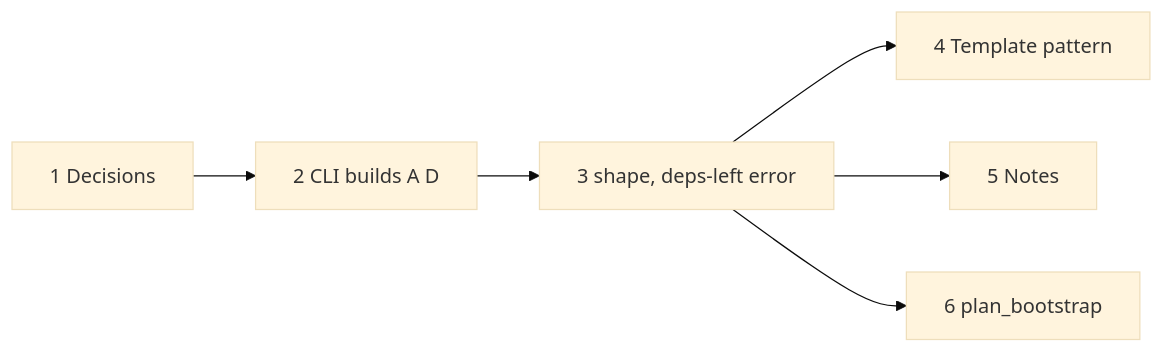
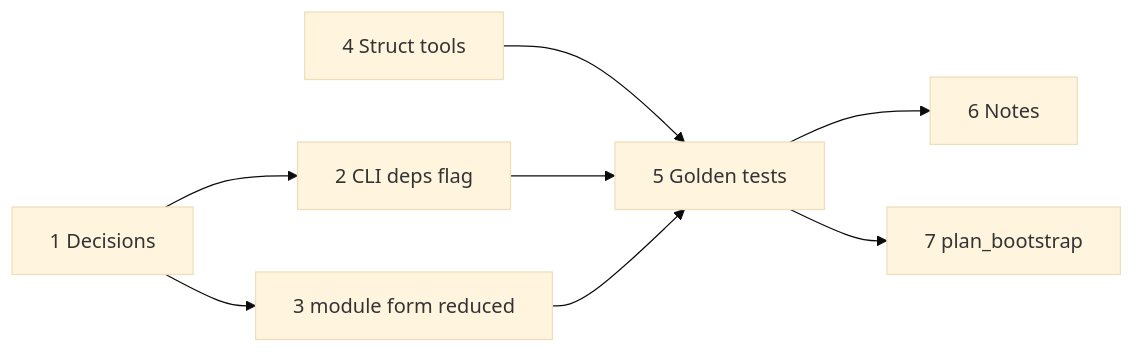
One commit to tapl-org/tapl changed the diagram in oymo/docs/plan_deps.md. Above: the diagram before and after it, drawn with Mermaid (base theme). The commit also changed other lines of this file and 1 other file, not shown here.

Commit message:
docs: update deps compilation plan and status

````diff
--- a/oymo/docs/plan_deps.md
+++ b/oymo/docs/plan_deps.md
@@ -104,8 +145,10 @@
 ```mermaid
 flowchart LR
-  Q["1 Decisions"] --> CLI["2 CLI builds A D"]
-  CLI --> SH["3 shape, deps-left error"]
-  SH --> TP["4 Template pattern"]
-  SH --> NO["5 Notes"]
-  SH --> BO["6 plan_bootstrap"]
+  Q["1 Decisions"] --> CLI["2 CLI deps flag"]
+  Q --> MF["3 module form reduced"]
+  ST["4 Struct tools"] --> GT["5 Golden tests"]
+  CLI --> GT
+  MF --> GT
+  GT --> NO["6 Notes"]
+  GT --> BO["7 plan_bootstrap"]
 ```
````
